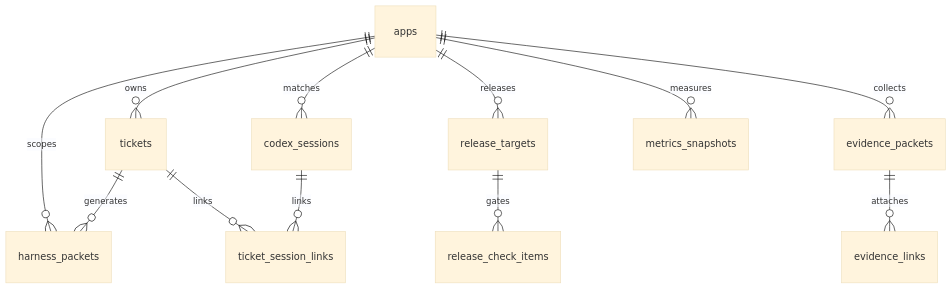
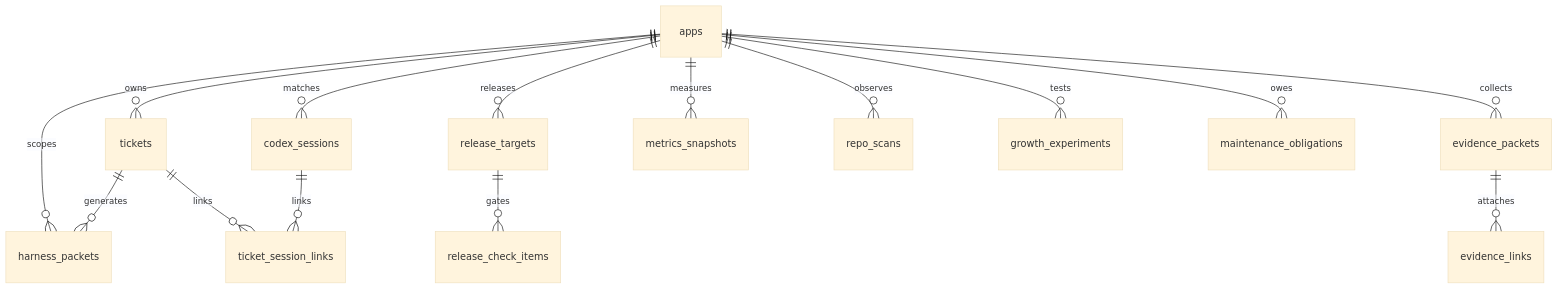
Before and after one commit to iiiyu/afp: the third of 3 diagrams in README.md, drawn with Mermaid (base theme). The commit also changed other lines of this file and 35 other files, not shown here.

````diff
--- a/README.md
+++ b/README.md
@@ -142,16 +155,19 @@
 ```mermaid
 erDiagram
     apps ||--o{ tickets : owns
     apps ||--o{ harness_packets : scopes
     apps ||--o{ codex_sessions : matches
     apps ||--o{ release_targets : releases
     apps ||--o{ evidence_packets : collects
     apps ||--o{ metrics_snapshots : measures
+    apps ||--o{ repo_scans : observes
+    apps ||--o{ growth_experiments : tests
+    apps ||--o{ maintenance_obligations : owes
 
     tickets ||--o{ harness_packets : generates
     tickets ||--o{ ticket_session_links : links
     codex_sessions ||--o{ ticket_session_links : links
 
     release_targets ||--o{ release_check_items : gates
     evidence_packets ||--o{ evidence_links : attaches
 ```
````
